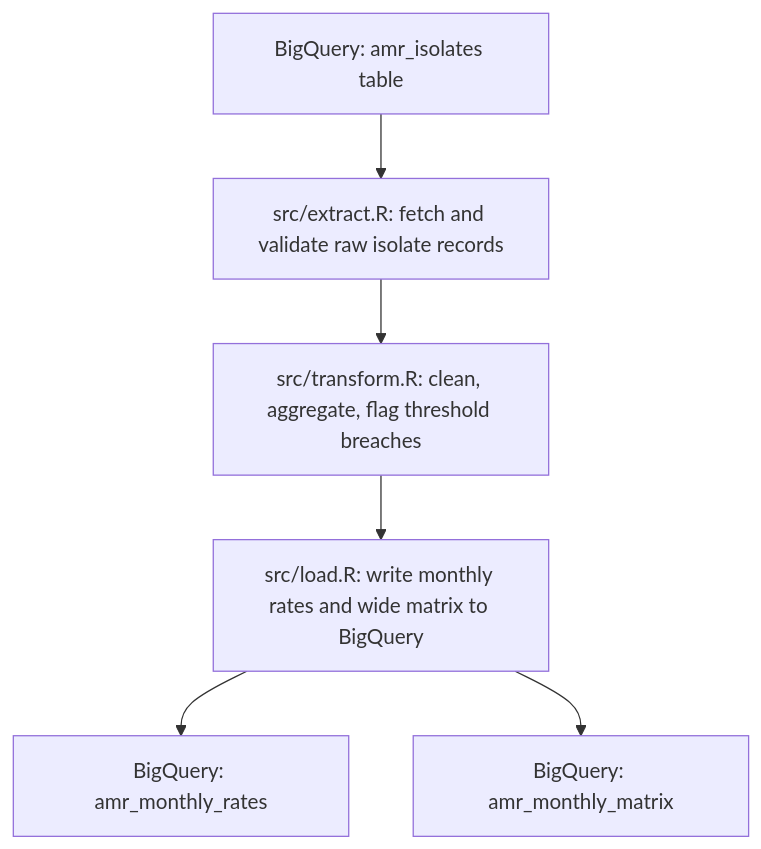
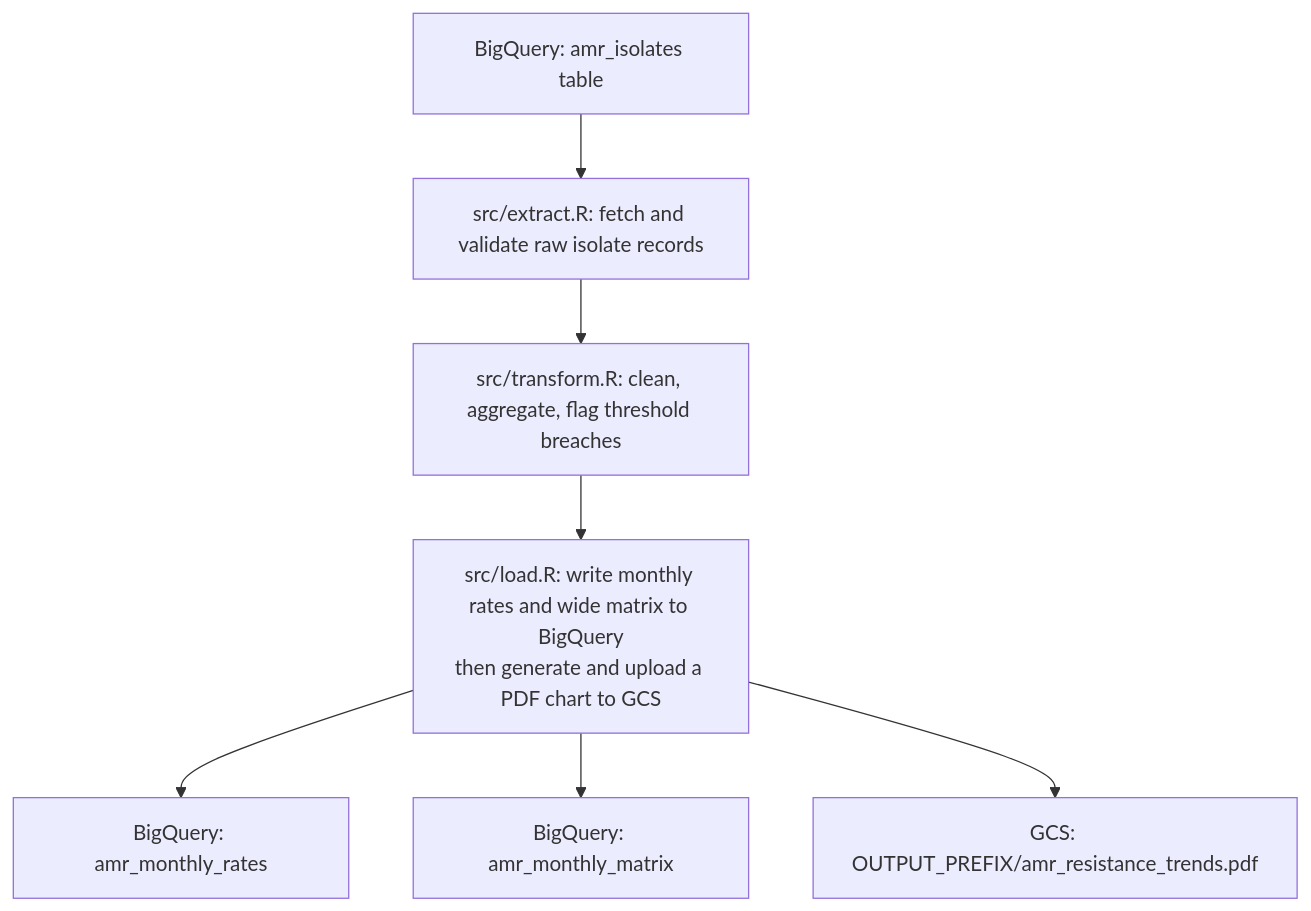
One commit to Ch3w3y/docker_gcp changed the diagram in docs/example-walkthrough.md. Above: the diagram before and after it, drawn with Mermaid. The commit also changed other lines of this file and 9 other files, not shown here.

First line of the commit message:
feat(pipeline): add GCS plot output and secure workshop docs

````diff
--- a/docs/example-walkthrough.md
+++ b/docs/example-walkthrough.md
@@ -11,12 +11,14 @@
 ```mermaid
 flowchart TD
     BQ["BigQuery: amr_isolates table"]
     E["src/extract.R: fetch and validate raw isolate records"]
     T["src/transform.R: clean, aggregate, flag threshold breaches"]
-    L["src/load.R: write monthly rates and wide matrix to BigQuery"]
+    L["src/load.R: write monthly rates and wide matrix to BigQuery\nthen generate and upload a PDF chart to GCS"]
     OUT1["BigQuery: amr_monthly_rates"]
     OUT2["BigQuery: amr_monthly_matrix"]
+    OUT3["GCS: OUTPUT_PREFIX/amr_resistance_trends.pdf"]
 
     BQ --> E --> T --> L --> OUT1
     L --> OUT2
+    L --> OUT3
 ```
````
